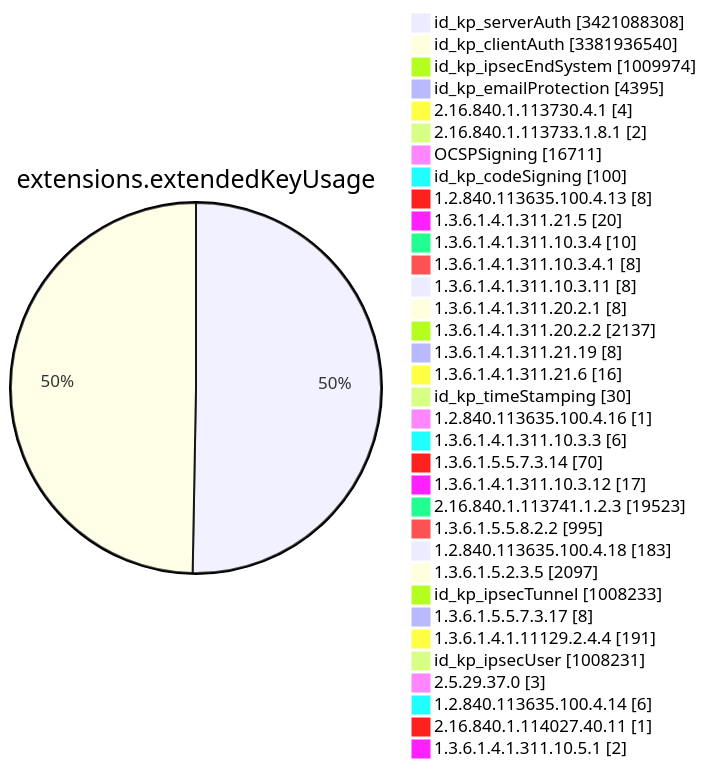
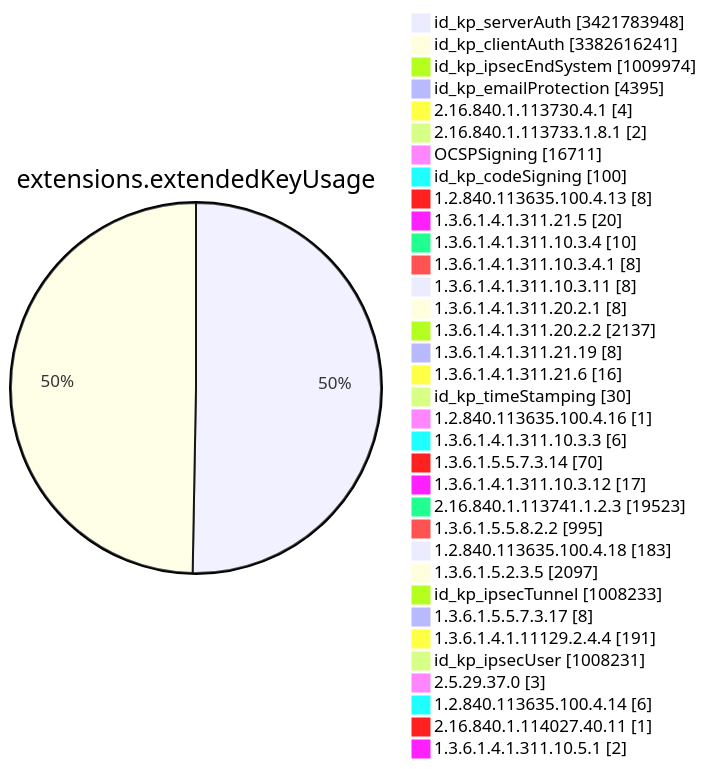
Diagram 11 of 15 in TOTAL/README.md (christiankrug/ctmonitor_visualization), drawn with Mermaid before and after one commit. The commit also changed other lines of this file, not shown here.

````diff
--- a/TOTAL/README.md
+++ b/TOTAL/README.md
@@ -4121,38 +4121,38 @@
 ```mermaid
 pie showData
 title extensions.extendedKeyUsage
-"id_kp_serverAuth" :3421088308
-"id_kp_clientAuth" :3381936540
+"id_kp_serverAuth" :3421783948
+"id_kp_clientAuth" :3382616241
 "id_kp_ipsecEndSystem" :1009974
 "id_kp_emailProtection" :4395
 "2.16.840.1.113730.4.1" :4
 "2.16.840.1.113733.1.8.1" :2
 "OCSPSigning" :16711
 "id_kp_codeSigning" :100
 "1.2.840.113635.100.4.13" :8
 "1.3.6.1.4.1.311.21.5" :20
 "1.3.6.1.4.1.311.10.3.4" :10
 "1.3.6.1.4.1.311.10.3.4.1" :8
 "1.3.6.1.4.1.311.10.3.11" :8
 "1.3.6.1.4.1.311.20.2.1" :8
 "1.3.6.1.4.1.311.20.2.2" :2137
 "1.3.6.1.4.1.311.21.19" :8
 "1.3.6.1.4.1.311.21.6" :16
 "id_kp_timeStamping" :30
 "1.2.840.113635.100.4.16" :1
 "1.3.6.1.4.1.311.10.3.3" :6
 "1.3.6.1.5.5.7.3.14" :70
 "1.3.6.1.4.1.311.10.3.12" :17
 "2.16.840.1.113741.1.2.3" :19523
 "1.3.6.1.5.5.8.2.2" :995
 "1.2.840.113635.100.4.18" :183
 "1.3.6.1.5.2.3.5" :2097
 "id_kp_ipsecTunnel" :1008233
 "1.3.6.1.5.5.7.3.17" :8
 "1.3.6.1.4.1.11129.2.4.4" :191
 "id_kp_ipsecUser" :1008231
 "2.5.29.37.0" :3
 "1.2.840.113635.100.4.14" :6
 "2.16.840.1.114027.40.11" :1
 "1.3.6.1.4.1.311.10.5.1" :2
 ```
````
